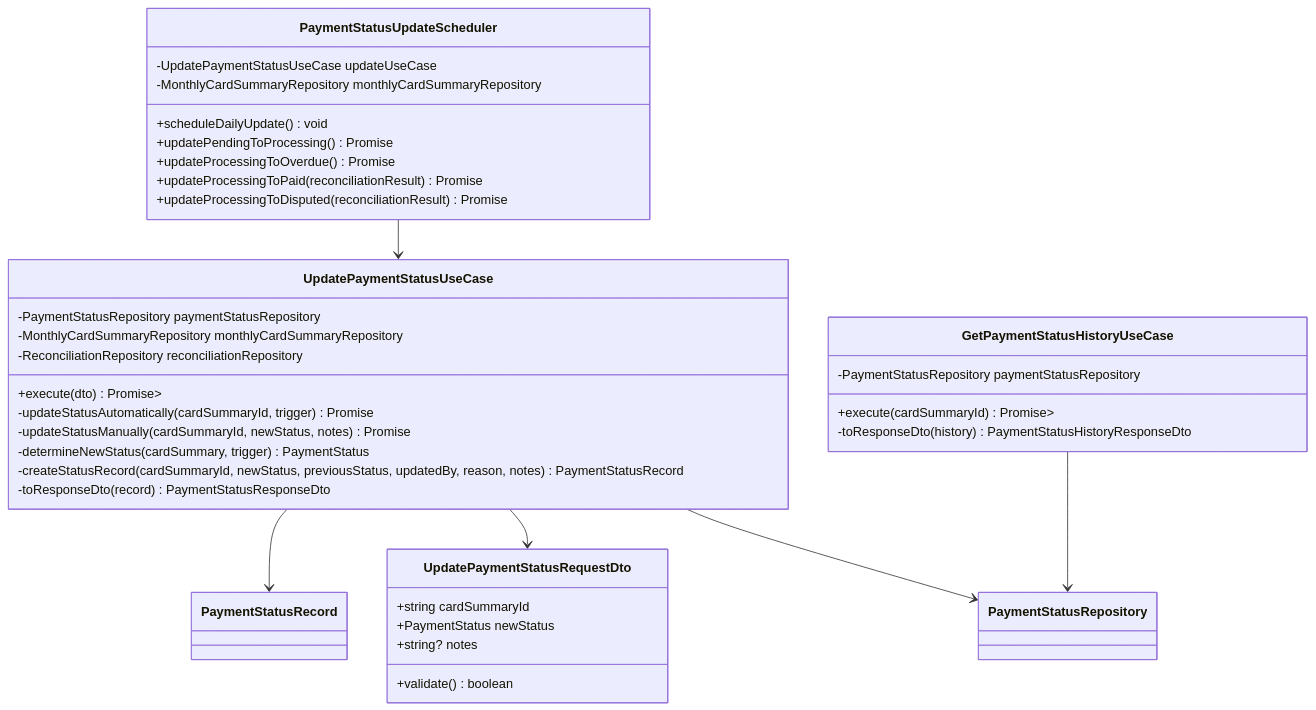
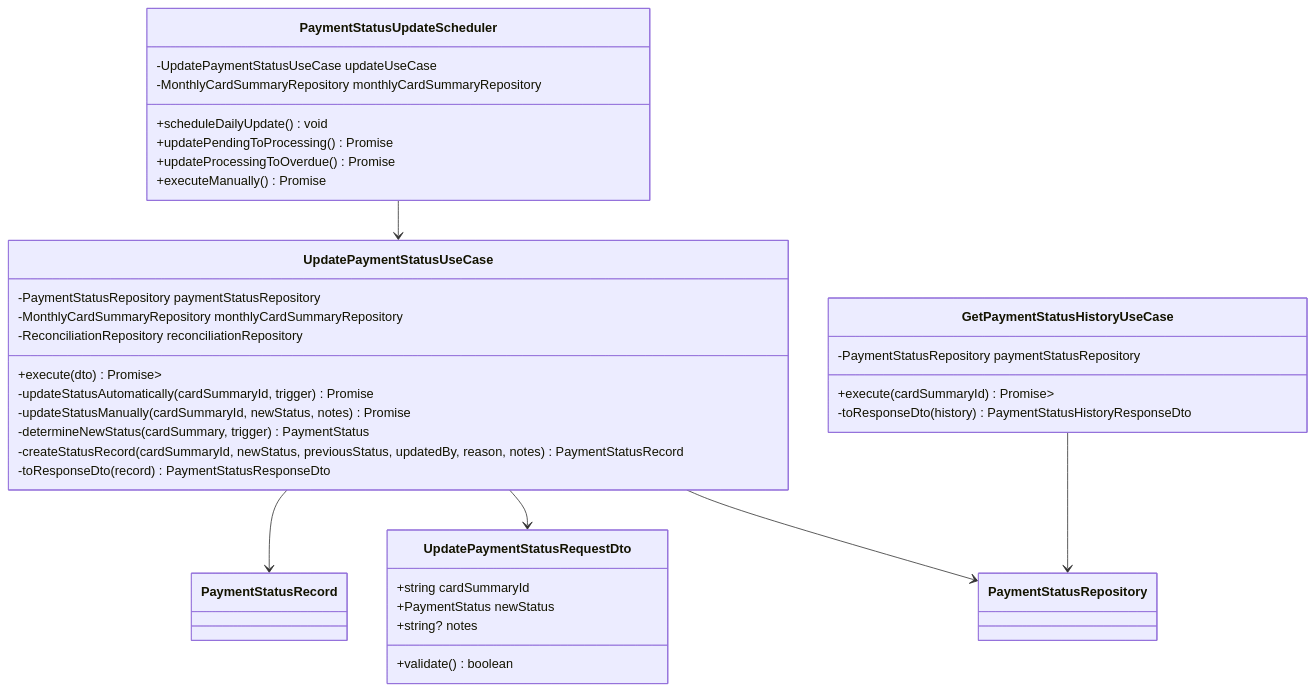
The second of 7 diagrams in docs/detailed-design/FR-014_payment-status-management/class-diagrams.md (kencom2400/account-book), drawn with Mermaid before and after one commit. The commit also changed other lines of this file and 3 other files, not shown here.

````diff
--- a/docs/detailed-design/FR-014_payment-status-management/class-diagrams.md
+++ b/docs/detailed-design/FR-014_payment-status-management/class-diagrams.md
@@ -136,44 +137,43 @@
 ```mermaid
 classDiagram
     class UpdatePaymentStatusUseCase {
         -PaymentStatusRepository paymentStatusRepository
         -MonthlyCardSummaryRepository monthlyCardSummaryRepository
         -ReconciliationRepository reconciliationRepository
         +execute(dto) Promise<Result<PaymentStatusResponseDto>>
         -updateStatusAutomatically(cardSummaryId, trigger) Promise<PaymentStatusRecord>
         -updateStatusManually(cardSummaryId, newStatus, notes) Promise<PaymentStatusRecord>
         -determineNewStatus(cardSummary, trigger) PaymentStatus
         -createStatusRecord(cardSummaryId, newStatus, previousStatus, updatedBy, reason, notes) PaymentStatusRecord
         -toResponseDto(record) PaymentStatusResponseDto
     }
 
     class GetPaymentStatusHistoryUseCase {
         -PaymentStatusRepository paymentStatusRepository
         +execute(cardSummaryId) Promise<Result<PaymentStatusHistoryResponseDto>>
         -toResponseDto(history) PaymentStatusHistoryResponseDto
     }
 
     class PaymentStatusUpdateScheduler {
         -UpdatePaymentStatusUseCase updateUseCase
         -MonthlyCardSummaryRepository monthlyCardSummaryRepository
         +scheduleDailyUpdate() void
         +updatePendingToProcessing() Promise<void>
         +updateProcessingToOverdue() Promise<void>
-        +updateProcessingToPaid(reconciliationResult) Promise<void>
-        +updateProcessingToDisputed(reconciliationResult) Promise<void>
+        +executeManually() Promise<BatchResult>
     }
 
 
     class UpdatePaymentStatusRequestDto {
         +string cardSummaryId
         +PaymentStatus newStatus
         +string? notes
         +validate() boolean
     }
 
     UpdatePaymentStatusUseCase --> PaymentStatusRepository
     UpdatePaymentStatusUseCase --> UpdatePaymentStatusRequestDto
     UpdatePaymentStatusUseCase --> PaymentStatusRecord
     GetPaymentStatusHistoryUseCase --> PaymentStatusRepository
     PaymentStatusUpdateScheduler --> UpdatePaymentStatusUseCase
 ```
````
